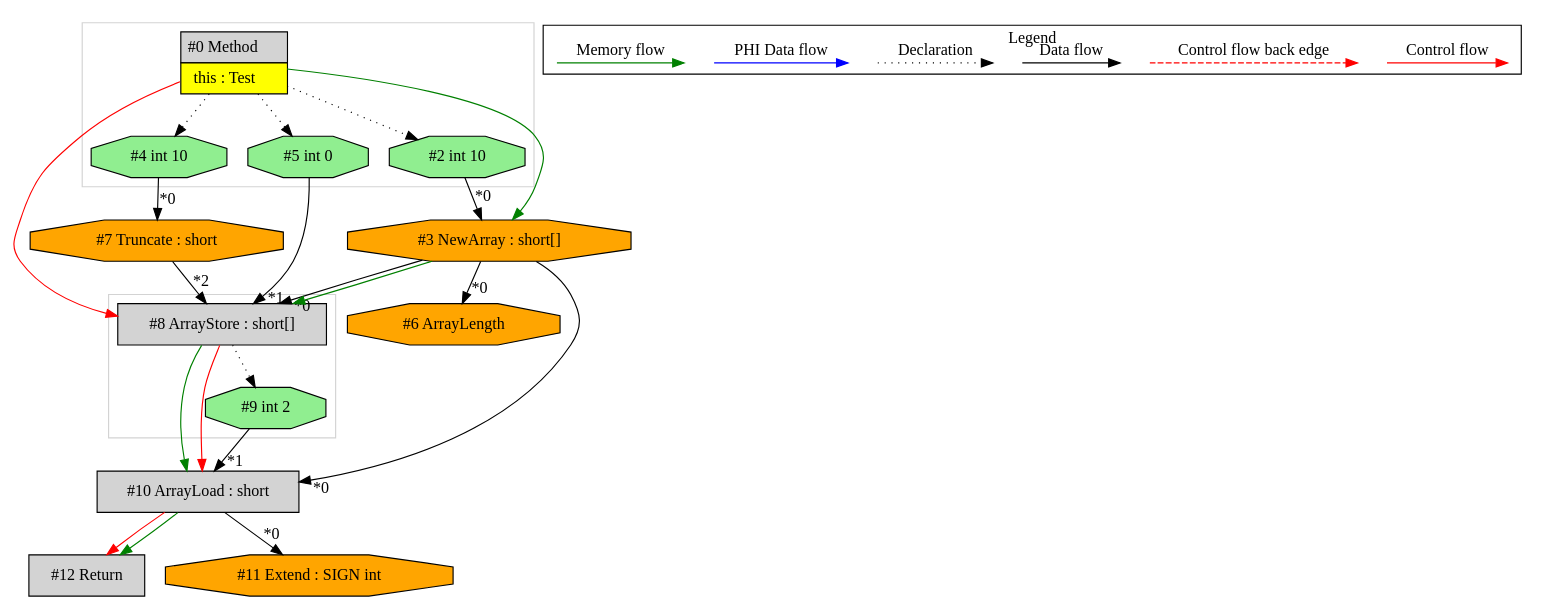
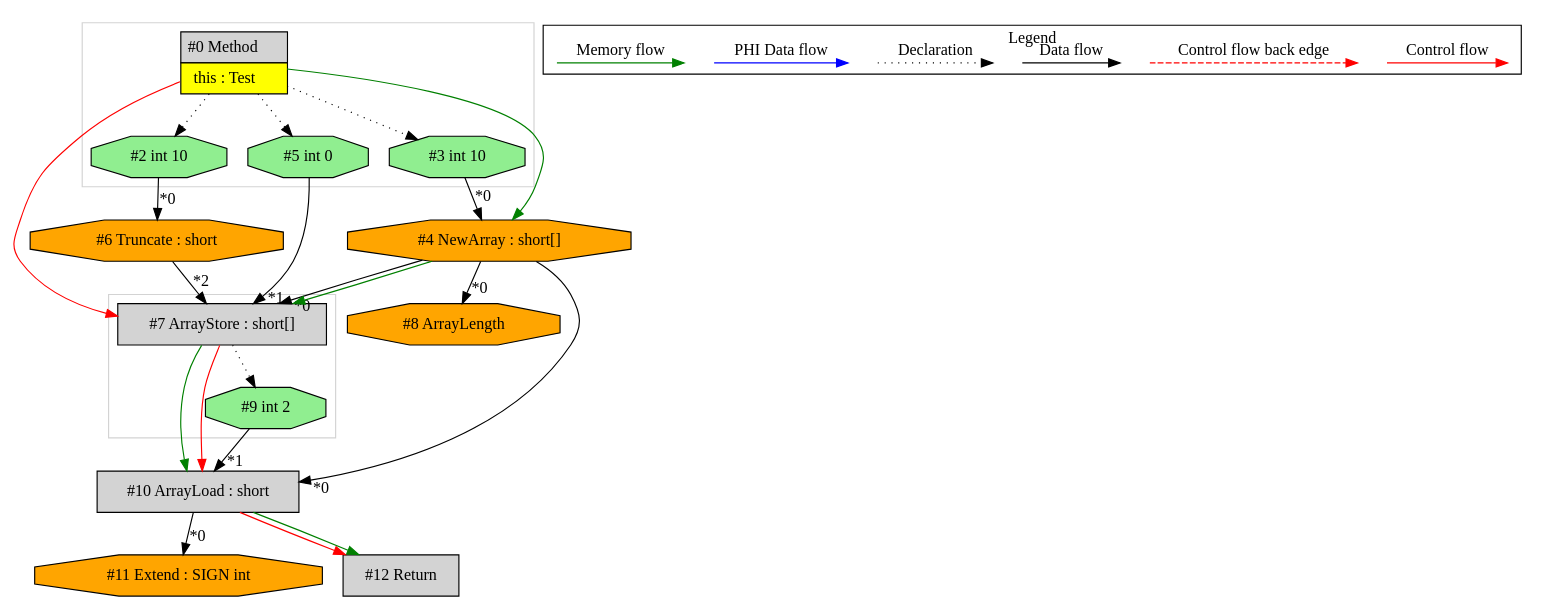
One commit to mirkosertic/MetaIR changed the diagram in de.mirkosertic.metair.ir.OpcodeNEWARRAYTest/test_NEWARRAY_short/ir.dot. Above: the diagram before and after it, drawn with Graphviz. The commit also changed 1507 other files, not shown here.

```diff
--- a/de.mirkosertic.metair.ir.OpcodeNEWARRAYTest/test_NEWARRAY_short/ir.dot
+++ b/de.mirkosertic.metair.ir.OpcodeNEWARRAYTest/test_NEWARRAY_short/ir.dot
@@ -1,73 +1,73 @@
 digraph {
  ordering="in";
  node0[margin="0", label=<<table border="0" cellborder="1" cellspacing="0" cellpadding="5"><tr><td colspan="1">#0 Method</td></tr><tr><td port="prj1" bgcolor="yellow">this : Test</td></tr></table>>,shape=none, fillcolor=lightgrey, style=filled];
- node8[label="#8 ArrayStore : short[]",shape=box, fillcolor=lightgrey, style=filled];
- node3 -> node8[headlabel="*0", labeldistance=2];
- node5 -> node8[headlabel="*1", labeldistance=2];
- node7 -> node8[headlabel="*2", labeldistance=2];
- node3 -> node8[labeldistance=2, color=green, constraint=false];
- node0 -> node8[labeldistance=2, color=red, fontcolor=red];
- node3[label="#3 NewArray : short[]",shape=octagon, fillcolor=orange, style=filled];
- node2 -> node3[headlabel="*0", labeldistance=2];
- node0 -> node3[labeldistance=2, color=green, constraint=false];
- node2[label="#2 int 10",shape=octagon, fillcolor=lightgreen, style=filled];
- node0 -> node2[style=dotted];
- node6[label="#6 ArrayLength",shape=octagon, fillcolor=orange, style=filled];
- node3 -> node6[headlabel="*0", labeldistance=2];
+ node7[label="#7 ArrayStore : short[]",shape=box, fillcolor=lightgrey, style=filled];
+ node4 -> node7[headlabel="*0", labeldistance=2];
+ node5 -> node7[headlabel="*1", labeldistance=2];
+ node6 -> node7[headlabel="*2", labeldistance=2];
+ node4 -> node7[labeldistance=2, color=green, constraint=false];
+ node0 -> node7[labeldistance=2, color=red, fontcolor=red];
+ node4[label="#4 NewArray : short[]",shape=octagon, fillcolor=orange, style=filled];
+ node3 -> node4[headlabel="*0", labeldistance=2];
+ node0 -> node4[labeldistance=2, color=green, constraint=false];
+ node3[label="#3 int 10",shape=octagon, fillcolor=lightgreen, style=filled];
+ node0 -> node3[style=dotted];
+ node8[label="#8 ArrayLength",shape=octagon, fillcolor=orange, style=filled];
+ node4 -> node8[headlabel="*0", labeldistance=2];
  node10[label="#10 ArrayLoad : short",shape=box, fillcolor=lightgrey, style=filled];
- node3 -> node10[headlabel="*0", labeldistance=2];
+ node4 -> node10[headlabel="*0", labeldistance=2];
  node9 -> node10[headlabel="*1", labeldistance=2];
- node8 -> node10[labeldistance=2, color=green, constraint=false];
- node8 -> node10[labeldistance=2, color=red, fontcolor=red];
+ node7 -> node10[labeldistance=2, color=green, constraint=false];
+ node7 -> node10[labeldistance=2, color=red, fontcolor=red];
  node9[label="#9 int 2",shape=octagon, fillcolor=lightgreen, style=filled];
- node8 -> node9[style=dotted];
+ node7 -> node9[style=dotted];
+ node11[label="#11 Extend : SIGN int",shape=octagon, fillcolor=orange, style=filled];
+ node10 -> node11[headlabel="*0", labeldistance=2];
  node12[label="#12 Return",shape=box, fillcolor=lightgrey, style=filled];
  node10 -> node12[labeldistance=2, color=red, fontcolor=red];
  node10 -> node12[labeldistance=2, color=green, constraint=false];
- node11[label="#11 Extend : SIGN int",shape=octagon, fillcolor=orange, style=filled];
- node10 -> node11[headlabel="*0", labeldistance=2];
- node7[label="#7 Truncate : short",shape=octagon, fillcolor=orange, style=filled];
- node4 -> node7[headlabel="*0", labeldistance=2];
- node4[label="#4 int 10",shape=octagon, fillcolor=lightgreen, style=filled];
- node0 -> node4[style=dotted];
+ node6[label="#6 Truncate : short",shape=octagon, fillcolor=orange, style=filled];
+ node2 -> node6[headlabel="*0", labeldistance=2];
+ node2[label="#2 int 10",shape=octagon, fillcolor=lightgreen, style=filled];
+ node0 -> node2[style=dotted];
  node5[label="#5 int 0",shape=octagon, fillcolor=lightgreen, style=filled];
  node0 -> node5[style=dotted];
  subgraph cluster_0 {
   color=lightgray;
   node0;
   node2;
-  node4;
+  node3;
   node5;
  }
  subgraph cluster_1 {
   color=lightgray;
-  node8;
+  node7;
   node9;
  }
  subgraph cluster_000 {
   label = "Legend";
   node [shape=point]
   {
    rank=same;
    c0 [style = invis];
    c1 [style = invis];
    c2 [style = invis];
    c3 [style = invis];
    d0 [style = invis];
    d1 [style = invis];
    d2 [style = invis];
    d3 [style = invis];
    d4 [style = invis];
    d5 [style = invis];
    d6 [style = invis];
    d7 [style = invis];
   }
   c0 -> c1 [label="Control flow", style=solid, color=red]
   c2 -> c3 [label="Control flow back edge", style=dashed, color=red]
   d0 -> d1 [label="Data flow"]
   d2 -> d3 [label="Declaration", style=dotted]
   d4 -> d5 [label="PHI Data flow", color=blue]
   d6 -> d7 [label="Memory flow", color=green]
  }
 
 }
```
